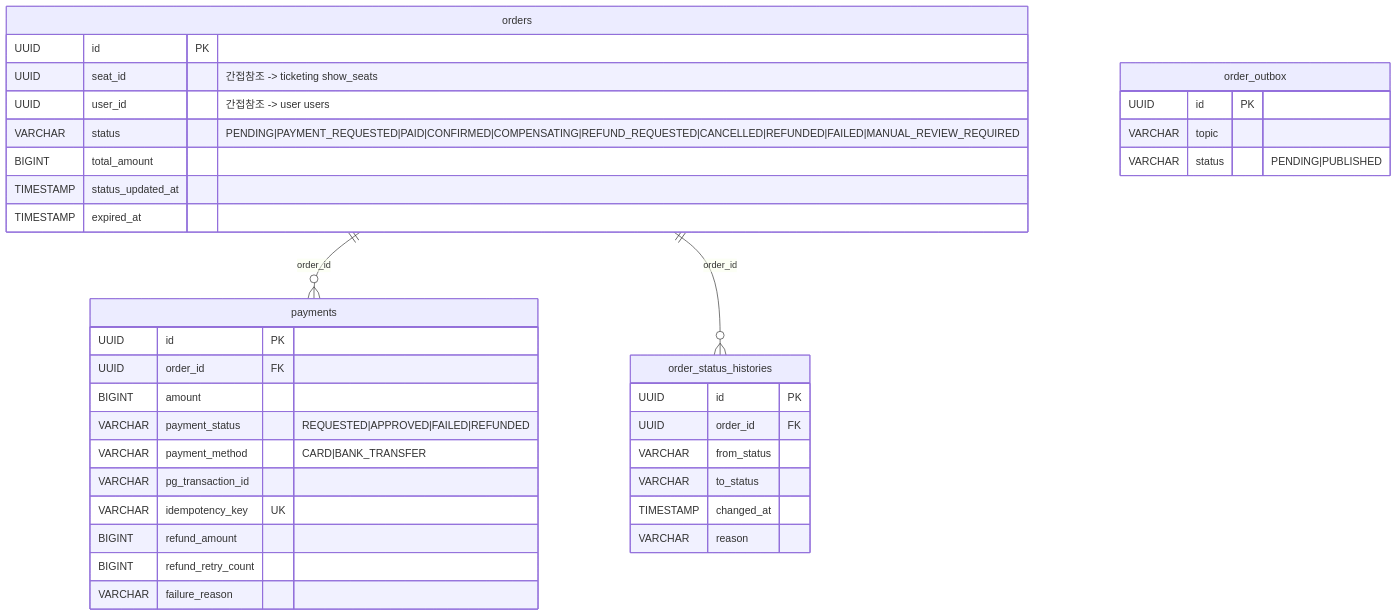
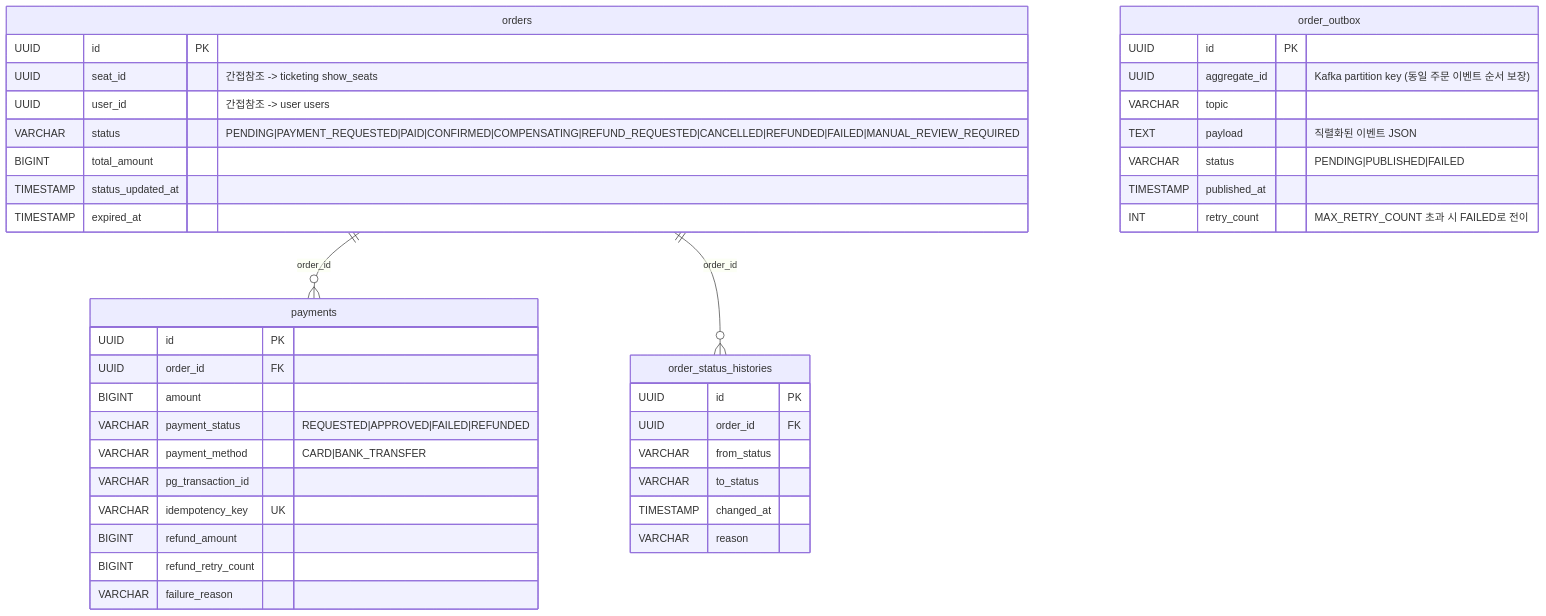
One commit to 6pm-sparta/6pm changed the third of 5 diagrams in docs/SA.md. Above: the diagram before and after it, drawn with Mermaid.

Commit message:
[docs] SA 문서 복구

````diff
--- a/docs/SA.md
+++ b/docs/SA.md
@@ -458,39 +458,43 @@
 ```mermaid
 erDiagram
     orders {
         UUID id PK
         UUID seat_id "간접참조 -> ticketing show_seats"
         UUID user_id "간접참조 -> user users"
         VARCHAR status "PENDING|PAYMENT_REQUESTED|PAID|CONFIRMED|COMPENSATING|REFUND_REQUESTED|CANCELLED|REFUNDED|FAILED|MANUAL_REVIEW_REQUIRED"
         BIGINT total_amount
         TIMESTAMP status_updated_at
         TIMESTAMP expired_at
     }
     payments {
         UUID id PK
         UUID order_id FK
         BIGINT amount
         VARCHAR payment_status "REQUESTED|APPROVED|FAILED|REFUNDED"
         VARCHAR payment_method "CARD|BANK_TRANSFER"
         VARCHAR pg_transaction_id
         VARCHAR idempotency_key UK
         BIGINT refund_amount
         BIGINT refund_retry_count
         VARCHAR failure_reason
     }
     order_status_histories {
         UUID id PK
         UUID order_id FK
         VARCHAR from_status
         VARCHAR to_status
         TIMESTAMP changed_at
         VARCHAR reason
     }
     order_outbox {
         UUID id PK
+        UUID aggregate_id "Kafka partition key (동일 주문 이벤트 순서 보장)"
         VARCHAR topic
-        VARCHAR status "PENDING|PUBLISHED"
+        TEXT payload "직렬화된 이벤트 JSON"
+        VARCHAR status "PENDING|PUBLISHED|FAILED"
+        TIMESTAMP published_at
+        INT retry_count "MAX_RETRY_COUNT 초과 시 FAILED로 전이"
     }
     orders ||--o{ payments : "order_id"
     orders ||--o{ order_status_histories : "order_id"
 ```
````
